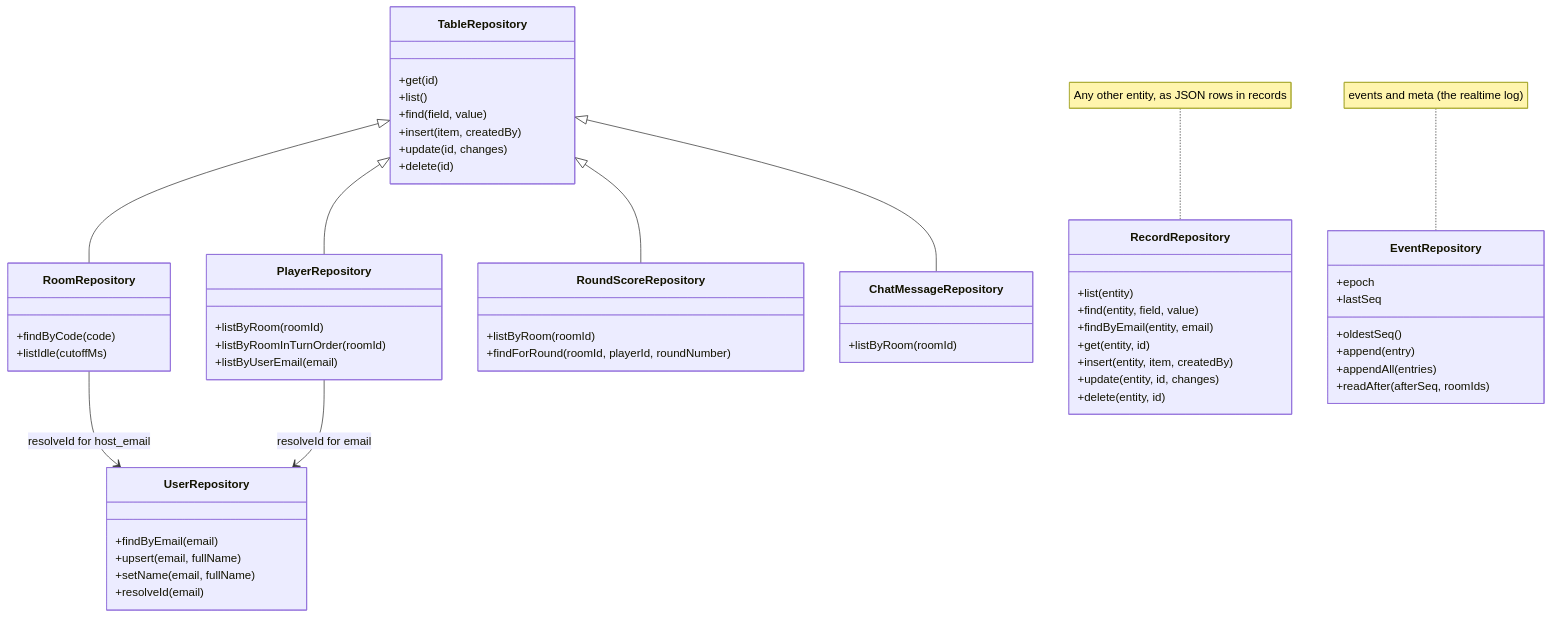
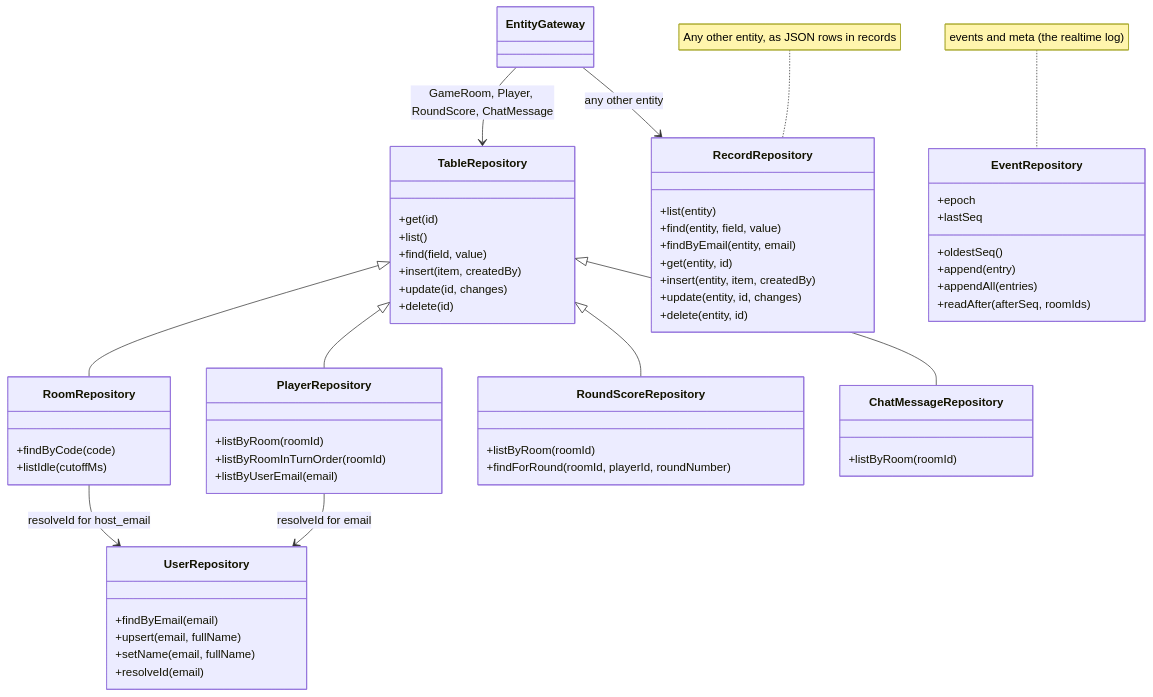
One commit to ruttyj/FlipShowdown changed the third of 5 diagrams in docs/database.md. Above: the diagram before and after it, drawn with Mermaid. The commit also changed other lines of this file and 7 other files, not shown here.

````diff
--- a/docs/database.md
+++ b/docs/database.md
@@ -260,58 +266,60 @@
 ```mermaid
 classDiagram
     class TableRepository {
         +get(id)
         +list()
         +find(field, value)
         +insert(item, createdBy)
         +update(id, changes)
         +delete(id)
     }
     class RoomRepository {
         +findByCode(code)
         +listIdle(cutoffMs)
     }
     class PlayerRepository {
         +listByRoom(roomId)
         +listByRoomInTurnOrder(roomId)
         +listByUserEmail(email)
     }
     class RoundScoreRepository {
         +listByRoom(roomId)
         +findForRound(roomId, playerId, roundNumber)
     }
     class ChatMessageRepository {
         +listByRoom(roomId)
     }
     class UserRepository {
         +findByEmail(email)
         +upsert(email, fullName)
         +setName(email, fullName)
         +resolveId(email)
     }
     class RecordRepository {
         +list(entity)
         +find(entity, field, value)
         +findByEmail(entity, email)
         +get(entity, id)
         +insert(entity, item, createdBy)
         +update(entity, id, changes)
         +delete(entity, id)
     }
     class EventRepository {
         +epoch
         +lastSeq
         +oldestSeq()
         +append(entry)
         +appendAll(entries)
         +readAfter(afterSeq, roomIds)
     }
     TableRepository <|-- RoomRepository
     TableRepository <|-- PlayerRepository
     TableRepository <|-- RoundScoreRepository
     TableRepository <|-- ChatMessageRepository
     RoomRepository --> UserRepository : resolveId for host_email
     PlayerRepository --> UserRepository : resolveId for email
+    EntityGateway --> TableRepository : GameRoom, Player, RoundScore, ChatMessage
+    EntityGateway --> RecordRepository : any other entity
     note for RecordRepository "Any other entity, as JSON rows in records"
     note for EventRepository "events and meta (the realtime log)"
 ```
````
